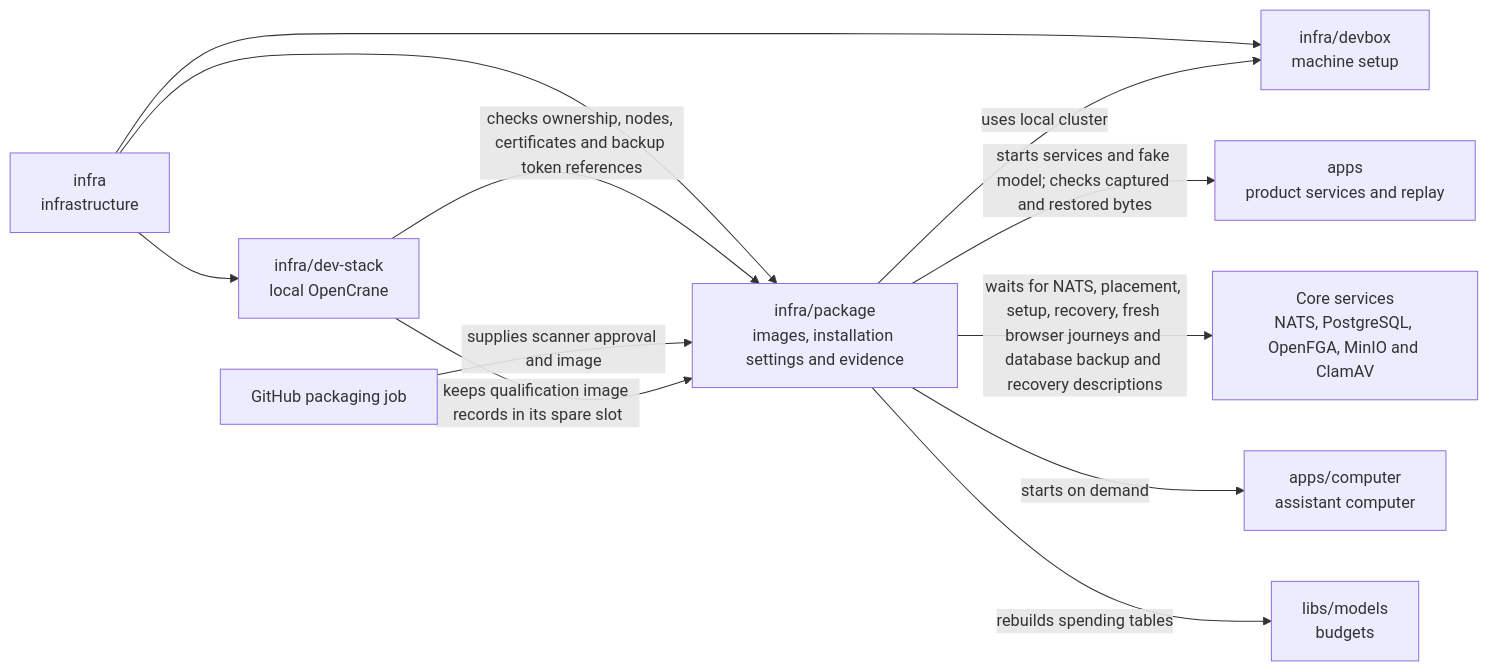
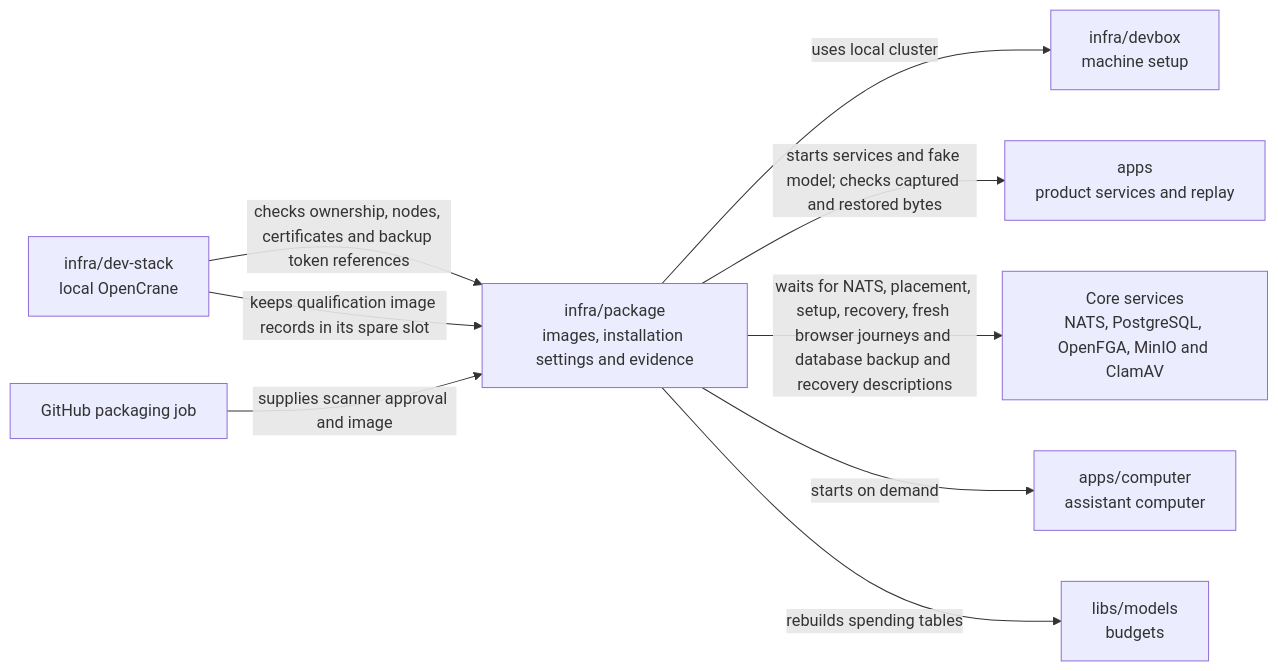
Before and after one commit to elewa-git/opencrane-new: the diagram in infra/package/README.md, drawn with Mermaid. The commit also changed 11 other files, not shown here.

````diff
--- a/infra/package/README.md
+++ b/infra/package/README.md
@@ -19,14 +19,11 @@
 ```mermaid
 flowchart LR
-  infra["infra<br/>infrastructure"] --> package["infra/package<br/>images, installation settings and evidence"]
-  infra --> stack["infra/dev-stack<br/>local OpenCrane"]
-  infra --> devbox["infra/devbox<br/>machine setup"]
-  stack -->|checks ownership, nodes, certificates and backup token references| package
-  package -->|uses local cluster| devbox
+  stack["infra/dev-stack<br/>local OpenCrane"] -->|checks ownership, nodes, certificates and backup token references| package["infra/package<br/>images, installation settings and evidence"]
+  package -->|uses local cluster| devbox["infra/devbox<br/>machine setup"]
   package -->|starts services and fake model; checks captured and restored bytes| apps["apps<br/>product services and replay"]
   packaging["GitHub packaging job"] -->|supplies scanner approval and image| package
   package -->|waits for NATS, placement, setup, recovery, fresh browser journeys and database backup and recovery descriptions| services["Core services<br/>NATS, PostgreSQL, OpenFGA, MinIO and ClamAV"]
   package -->|starts on demand| computer["apps/computer<br/>assistant computer"]
   package -->|rebuilds spending tables| models["libs/models<br/>budgets"]
   stack -->|keeps qualification image records in its spare slot| package
 ```
````
